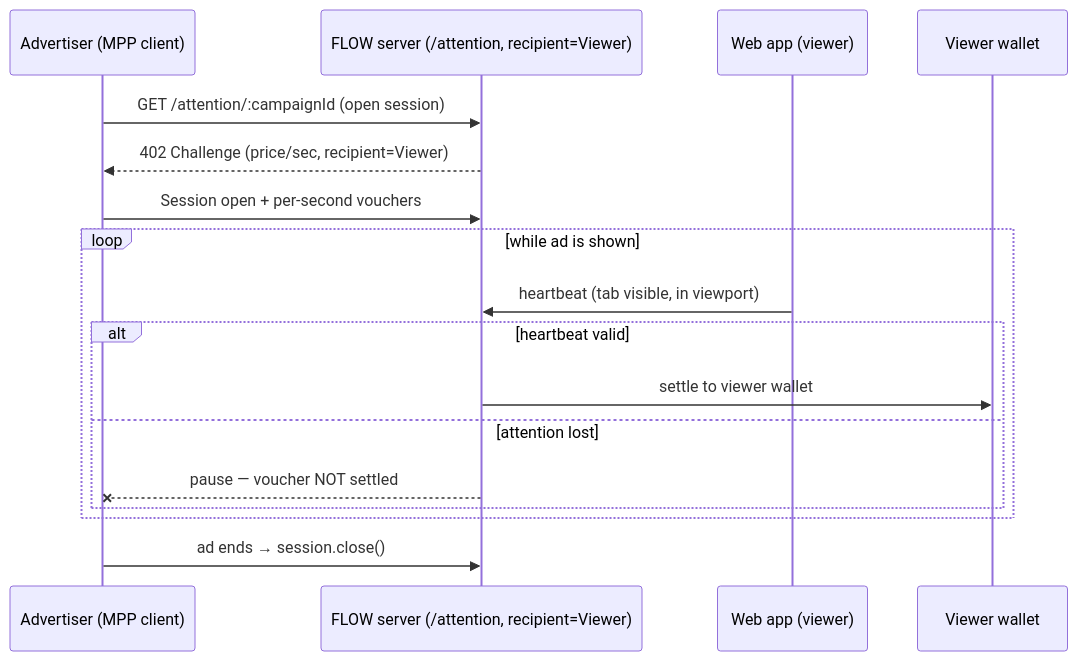
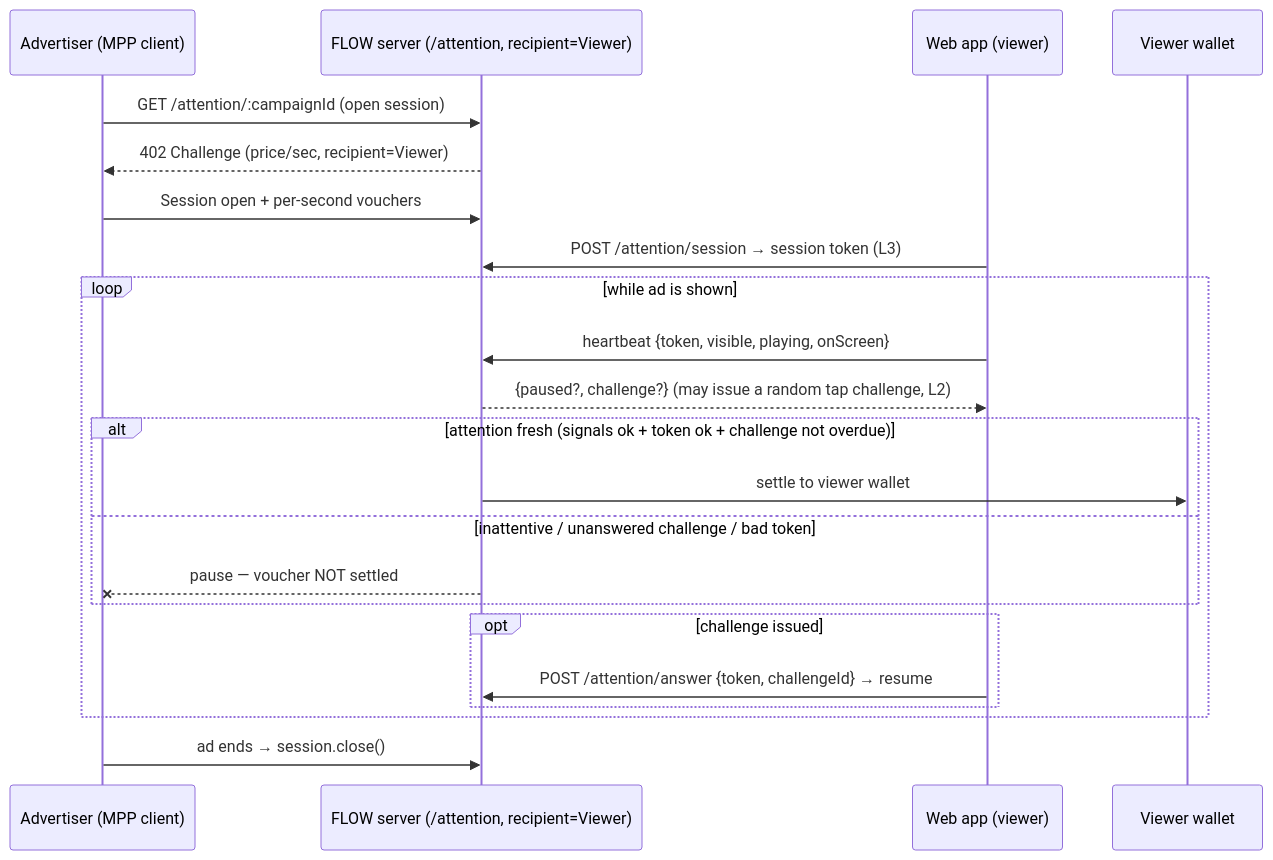
The second of 2 diagrams in docs/01-architecture.md (raglibol-re/TempoFlow), drawn with Mermaid before and after one commit. The commit also changed other lines of this file and 14 other files, not shown here.

````diff
--- a/docs/01-architecture.md
+++ b/docs/01-architecture.md
@@ -51,19 +51,24 @@
 ```mermaid
 sequenceDiagram
     participant A as Advertiser (MPP client)
     participant S as FLOW server (/attention, recipient=Viewer)
     participant W as Web app (viewer)
     participant VW as Viewer wallet
     A->>S: GET /attention/:campaignId (open session)
     S-->>A: 402 Challenge (price/sec, recipient=Viewer)
     A->>S: Session open + per-second vouchers
+    W->>S: POST /attention/session → session token (L3)
     loop while ad is shown
-        W->>S: heartbeat (tab visible, in viewport)
-        alt heartbeat valid
+        W->>S: heartbeat {token, visible, playing, onScreen}
+        S-->>W: {paused?, challenge?}  (may issue a random tap challenge, L2)
+        alt attention fresh (signals ok + token ok + challenge not overdue)
             S->>VW: settle to viewer wallet
-        else attention lost
+        else inattentive / unanswered challenge / bad token
             S--xA: pause — voucher NOT settled
+        end
+        opt challenge issued
+            W->>S: POST /attention/answer {token, challengeId}  → resume
         end
     end
     A->>S: ad ends → session.close()
 ```
````
